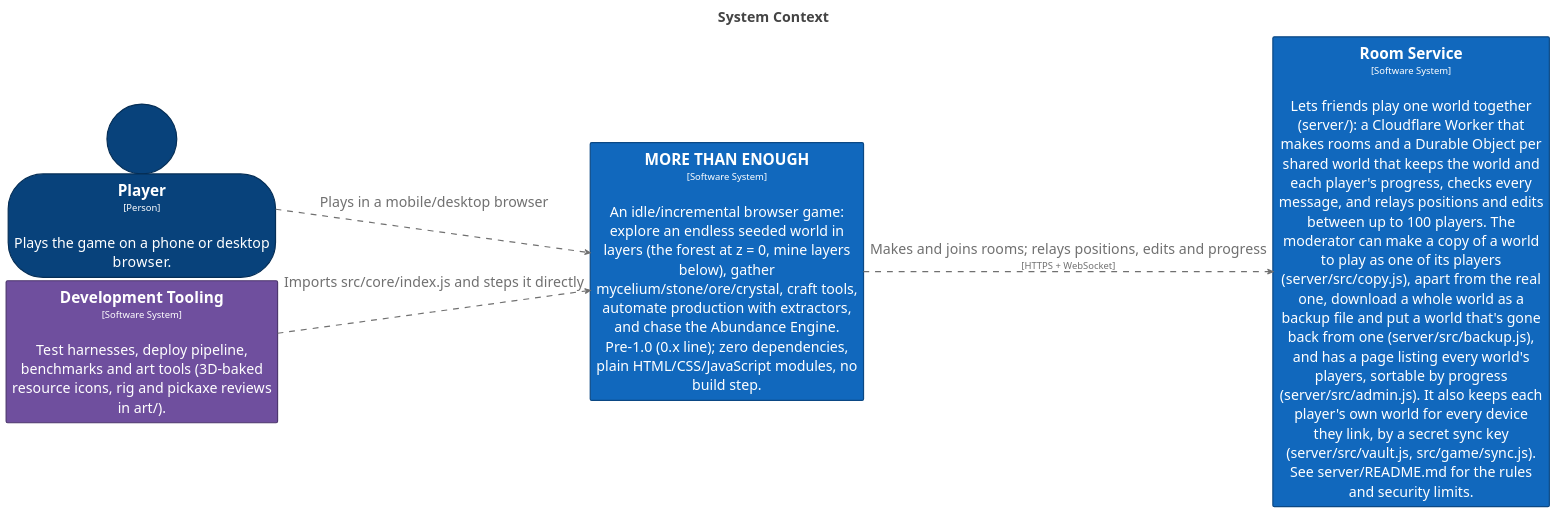
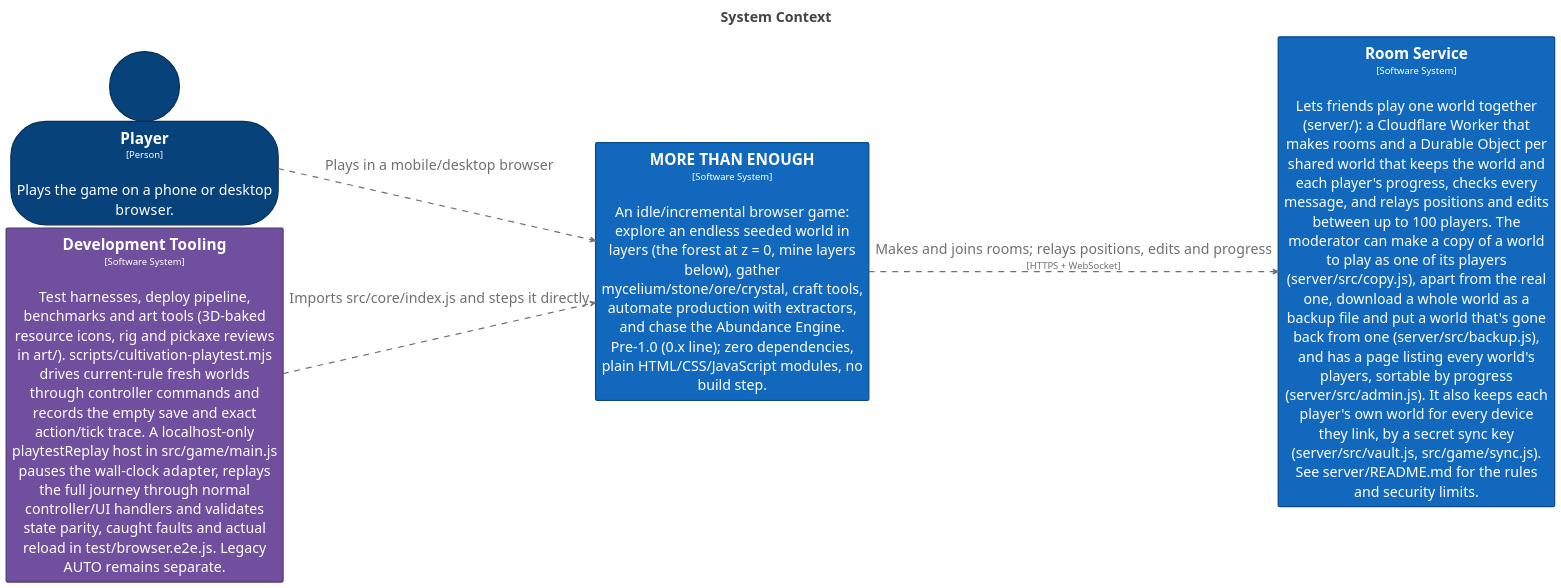
Before and after one commit to bitkojine/more-than-enough: the diagram in structurizr/diagrams/SystemContext.puml, drawn with PlantUML. The commit also changed 18 other files, not shown here.

Commit message:
Replay current-world wins end to end and fix carrying arm clipping

```diff
--- a/structurizr/diagrams/SystemContext.puml
+++ b/structurizr/diagrams/SystemContext.puml
@@ -2,83 +2,83 @@
 @startuml
 title <size:24>System Context</size>
 
 set separator none
 left to right direction
 skinparam ranksep 20
 skinparam nodesep 5
 hide stereotype
 
 <style>
   root {
     BackgroundColor: #ffffff;
     FontColor: #444444;
   }
   // Element,Person
   .Element-RWxlbWVudCxQZXJzb24= {
     BackgroundColor: #08427b;
     LineColor: #052e56;
     LineStyle: 0;
     LineThickness: 2;
     FontColor: #ffffff;
     FontSize: 24;
     HorizontalAlignment: center;
     Shadowing: 0;
     MaximumWidth: 450;
   }
   // Element,Software System
   .Element-RWxlbWVudCxTb2Z0d2FyZSBTeXN0ZW0= {
     BackgroundColor: #1168bd;
     LineColor: #0b4884;
     LineStyle: 0;
     LineThickness: 2;
     FontColor: #ffffff;
     FontSize: 24;
     HorizontalAlignment: center;
     Shadowing: 0;
     MaximumWidth: 450;
   }
   // Element,Software System,Game
   .Element-RWxlbWVudCxTb2Z0d2FyZSBTeXN0ZW0sR2FtZQ== {
     BackgroundColor: #1168bd;
     LineColor: #0b4884;
     LineStyle: 0;
     LineThickness: 2;
     FontColor: #ffffff;
     FontSize: 24;
     HorizontalAlignment: center;
     Shadowing: 0;
     MaximumWidth: 450;
   }
   // Element,Software System,Tooling
   .Element-RWxlbWVudCxTb2Z0d2FyZSBTeXN0ZW0sVG9vbGluZw== {
     BackgroundColor: #6f4f9e;
     LineColor: #4d376e;
     LineStyle: 0;
     LineThickness: 2;
     FontColor: #ffffff;
     FontSize: 24;
     HorizontalAlignment: center;
     Shadowing: 0;
     MaximumWidth: 450;
   }
   // Relationship
   .Relationship-UmVsYXRpb25zaGlw {
     LineThickness: 2;
     LineStyle: 10-10;
     LineColor: #707070;
     FontColor: #707070;
     FontSize: 24;
     MaximumWidth: 200;
   }
 </style>
 
 person "==Player\n<size:16>[Person]</size>\n\nPlays the game on a phone or desktop browser." <<Element-RWxlbWVudCxQZXJzb24=>> as Player
 rectangle "==MORE THAN ENOUGH\n<size:16>[Software System]</size>\n\nAn idle/incremental browser game: explore an endless seeded world in layers (the forest at z = 0, mine layers below), gather mycelium/stone/ore/crystal, craft tools, automate production with extractors, and chase the Abundance Engine. Pre-1.0 (0.x line); zero dependencies, plain HTML/CSS/JavaScript modules, no build step." <<Element-RWxlbWVudCxTb2Z0d2FyZSBTeXN0ZW0sR2FtZQ==>> as MORETHANENOUGH
 rectangle "==Room Service\n<size:16>[Software System]</size>\n\nLets friends play one world together (server/): a Cloudflare Worker that makes rooms and a Durable Object per shared world that keeps the world and each player's progress, checks every message, and relays positions and edits between up to 100 players. The moderator can make a copy of a world to play as one of its players (server/src/copy.js), apart from the real one, download a whole world as a backup file and put a world that's gone back from one (server/src/backup.js), and has a page listing every world's players, sortable by progress (server/src/admin.js). It also keeps each player's own world for every device they link, by a secret sync key (server/src/vault.js, src/game/sync.js). See server/README.md for the rules and security limits." <<Element-RWxlbWVudCxTb2Z0d2FyZSBTeXN0ZW0=>> as RoomService
-rectangle "==Development Tooling\n<size:16>[Software System]</size>\n\nTest harnesses, deploy pipeline, benchmarks and art tools (3D-baked resource icons, rig and pickaxe reviews in art/)." <<Element-RWxlbWVudCxTb2Z0d2FyZSBTeXN0ZW0sVG9vbGluZw==>> as DevelopmentTooling
+rectangle "==Development Tooling\n<size:16>[Software System]</size>\n\nTest harnesses, deploy pipeline, benchmarks and art tools (3D-baked resource icons, rig and pickaxe reviews in art/). scripts/cultivation-playtest.mjs drives current-rule fresh worlds through controller commands and records the empty save and exact action/tick trace. A localhost-only playtestReplay host in src/game/main.js pauses the wall-clock adapter, replays the full journey through normal controller/UI handlers and validates state parity, caught faults and actual reload in test/browser.e2e.js. Legacy AUTO remains separate." <<Element-RWxlbWVudCxTb2Z0d2FyZSBTeXN0ZW0sVG9vbGluZw==>> as DevelopmentTooling
 
 Player --> MORETHANENOUGH <<Relationship-UmVsYXRpb25zaGlw>> : "Plays in a mobile/desktop browser"
 MORETHANENOUGH --> RoomService <<Relationship-UmVsYXRpb25zaGlw>> : "Makes and joins rooms; relays positions, edits and progress\n<size:16>[HTTPS + WebSocket]</size>"
 DevelopmentTooling --> MORETHANENOUGH <<Relationship-UmVsYXRpb25zaGlw>> : "Imports src/core/index.js and steps it directly"
 
 @enduml
```
